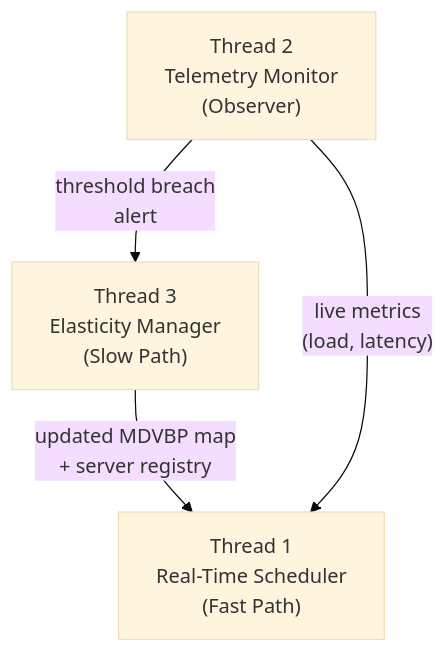
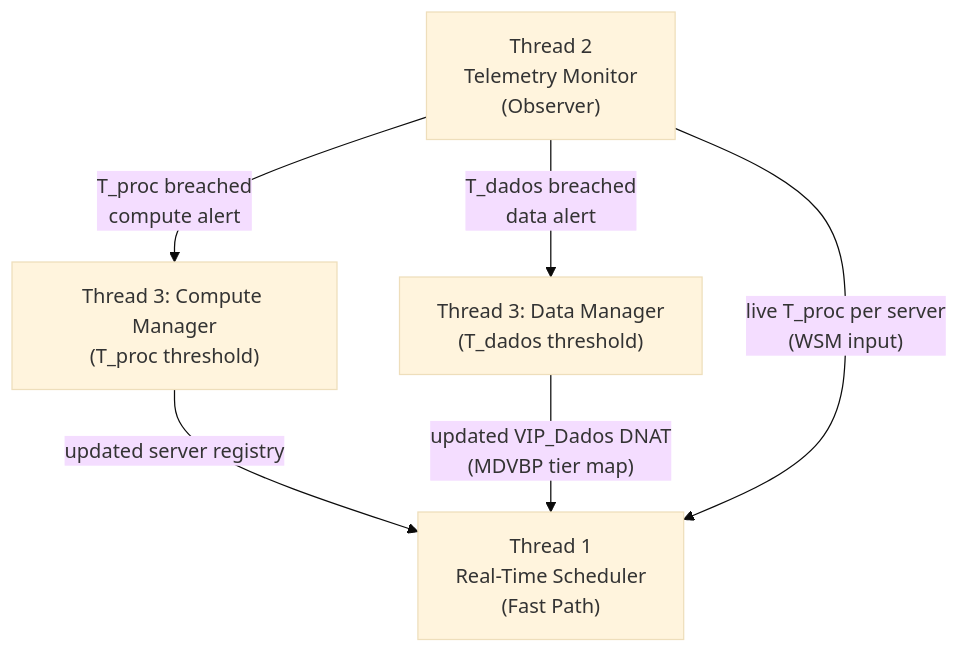
The first of 7 diagrams in docs/operation/system_mechanisms.md (poioe20p/efficient-storage-in-edge-scenarios), drawn with Mermaid (base theme) before and after one commit. The commit also changed other lines of this file and 44 other files, not shown here.

````diff
--- a/docs/operation/system_mechanisms.md
+++ b/docs/operation/system_mechanisms.md
@@ -54,10 +39,13 @@
 ```mermaid
-graph TD
+                                                                                                                                                           graph TD
     T1["Thread 1<br/>Real-Time Scheduler<br/>(Fast Path)"]
     T2["Thread 2<br/>Telemetry Monitor<br/>(Observer)"]
-    T3["Thread 3<br/>Elasticity Manager<br/>(Slow Path)"]
+    T3C["Thread 3: Compute Manager<br/>(T_proc threshold)"]
+    T3D["Thread 3: Data Manager<br/>(T_dados threshold)"]
 
-    T2 -->|"threshold breach<br/>alert"| T3
-    T3 -->|"updated MDVBP map<br/>+ server registry"| T1
-    T2 -->|"live metrics<br/>(load, latency)"| T1
+    T2 -->|"T_proc breached<br/>compute alert"| T3C
+    T2 -->|"T_dados breached<br/>data alert"| T3D
+    T3C -->|"updated server registry"| T1
+    T3D -->|"updated VIP_Dados DNAT<br/>(MDVBP tier map)"| T1
+    T2 -->|"live T_proc per server<br/>(WSM input)"| T1
 ```
````
